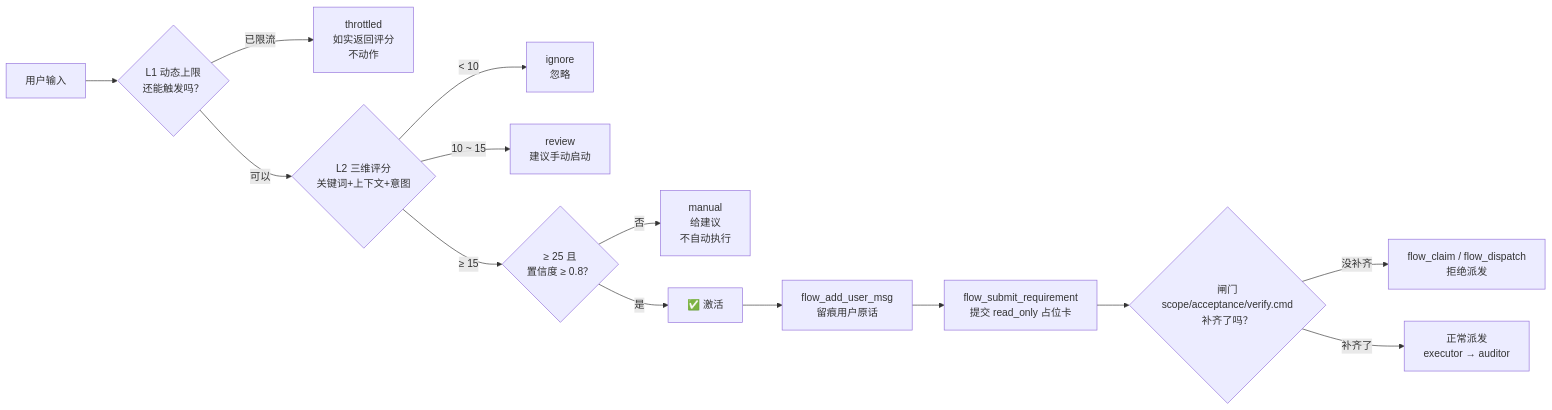
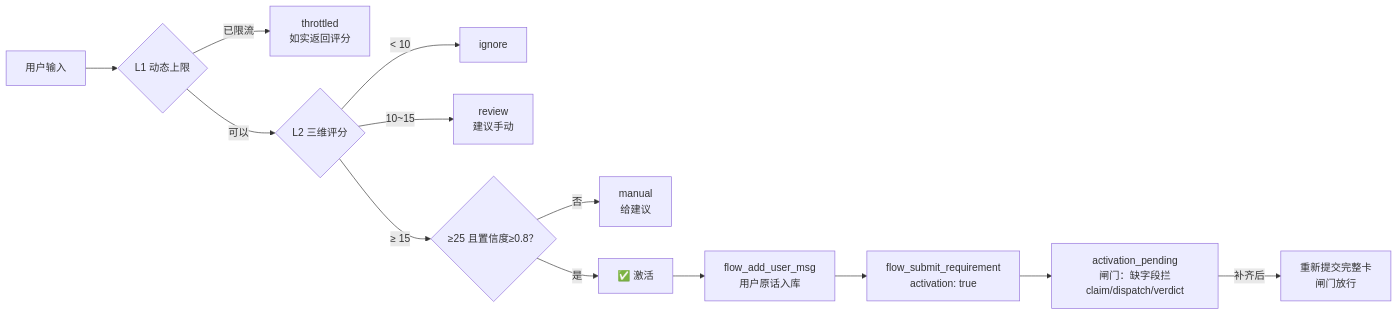
Before and after one commit to skyer-now/carlos-flow: the diagram in README.md, drawn with Mermaid. The commit also changed other lines of this file and 15 other files, not shown here.

First line of the commit message:
chore: 合并为统一的 carlos-flow@2.5.9

````diff
--- a/README.md
+++ b/README.md
@@ -190,16 +123,15 @@
 ```mermaid
 flowchart LR
-    U[用户输入] --> L1{"L1 动态上限<br/>还能触发吗？"}
-    L1 -->|"已限流"| T["throttled<br/>如实返回评分<br/>不动作"]
-    L1 -->|"可以"| L2{"L2 三维评分<br/>关键词+上下文+意图"}
-    L2 -->|"< 10"| I["ignore<br/>忽略"]
-    L2 -->|"10 ~ 15"| R["review<br/>建议手动启动"]
-    L2 -->|"≥ 15"| L3{"≥ 25 且<br/>置信度 ≥ 0.8？"}
-    L3 -->|"否"| M["manual<br/>给建议<br/>不自动执行"]
-    L3 -->|"是"| A["✅ 激活"]
-    A --> A1["flow_add_user_msg<br/>留痕用户原话"]
-    A1 --> A2["flow_submit_requirement<br/>提交 read_only 占位卡"]
-    A2 --> G{"闸门<br/>scope/acceptance/verify.cmd<br/>补齐了吗？"}
-    G -->|"没补齐"| B["flow_claim / flow_dispatch<br/>拒绝派发"]
-    G -->|"补齐了"| C["正常派发<br/>executor → auditor"]
+    U[用户输入] --> L1{"L1 动态上限"}
+    L1 -->|已限流| T["throttled<br/>如实返回评分"]
+    L1 -->|可以| L2{"L2 三维评分"}
+    L2 -->|< 10| I["ignore"]
+    L2 -->|10~15| R["review<br/>建议手动"]
+    L2 -->|≥ 15| L3{"≥25 且置信度≥0.8？"}
+    L3 -->|否| M["manual<br/>给建议"]
+    L3 -->|是| A["✅ 激活"]
+    A --> S1["flow_add_user_msg<br/>用户原话入库"]
+    S1 --> S2["flow_submit_requirement<br/>activation: true"]
+    S2 --> G["activation_pending<br/>闸门：缺字段拦claim/dispatch/verdict"]
+    G -->|补齐后| R2["重新提交完整卡<br/>闸门放行"]
 ```
````
